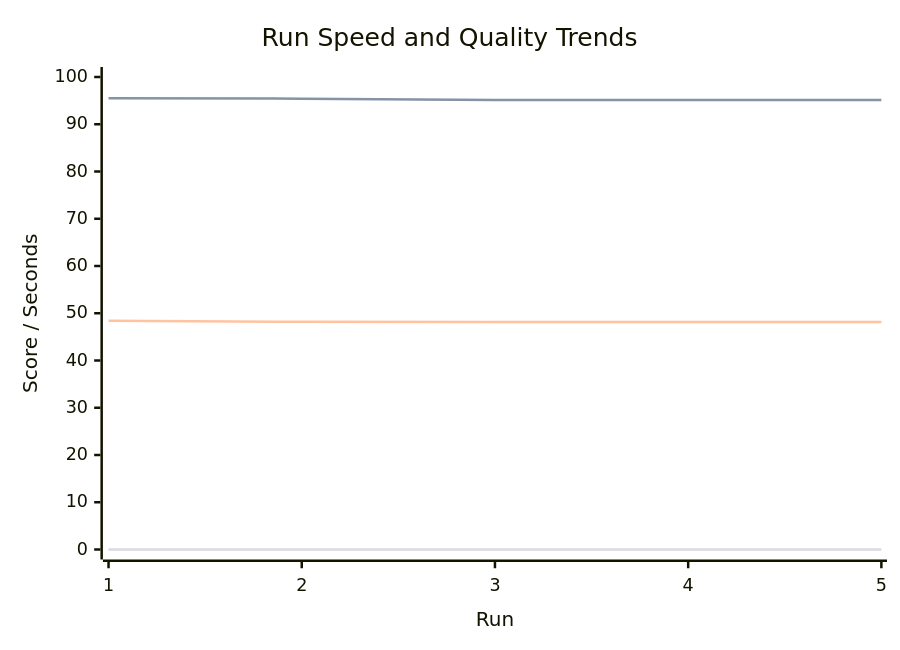
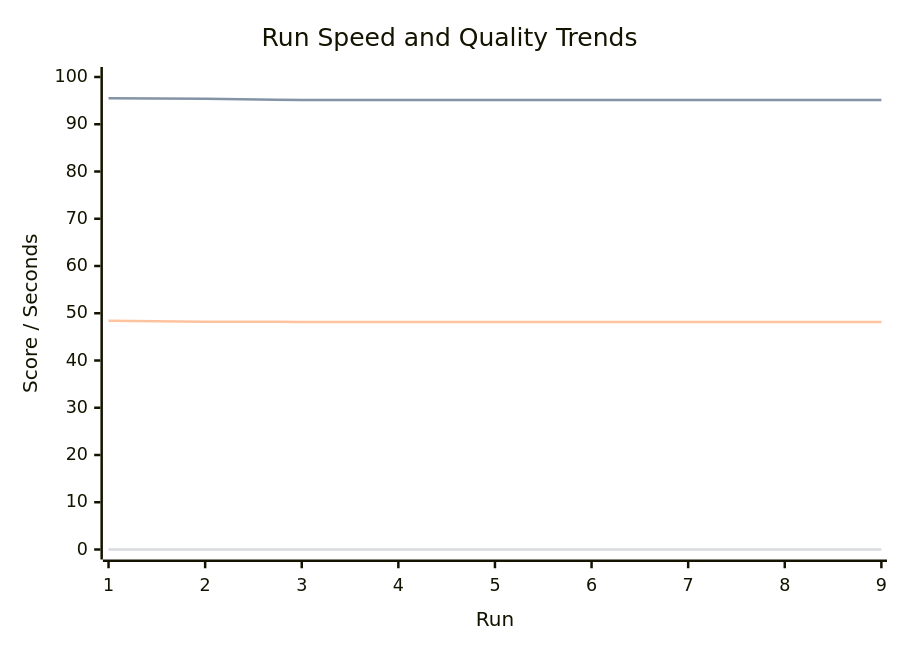
One commit to Jit-Paul-2008/Hexamind changed the first of 2 diagrams in reports-versioned/aggregated/run-results-dashboard.md. Above: the diagram before and after it, drawn with Mermaid. The commit also changed other lines of this file and 51 other files, not shown here.

````diff
--- a/reports-versioned/aggregated/run-results-dashboard.md
+++ b/reports-versioned/aggregated/run-results-dashboard.md
@@ -11,11 +11,11 @@
 ```mermaid
 xychart-beta
     title "Run Speed and Quality Trends"
-    x-axis "Run" [1, 2, 3, 4, 5]
+    x-axis "Run" [1, 2, 3, 4, 5, 6, 7, 8, 9]
     y-axis "Score / Seconds" 0 --> 100
-    line "Accuracy" [0.0, 0.0, 0.0, 0.0, 0.0]
-    line "Human-like" [95.51, 95.42, 95.12, 95.12, 95.12]
-    line "Usefulness" [48.39, 48.2, 48.17, 48.17, 48.17]
-    line "HumanReview" [0.0, 0.0, 0.0, 0.0, 0.0]
-    line "SpeedSeconds" [187.48, 238.47, 237.45, 236.94, 236.7]
+    line "Accuracy" [0.0, 0.0, 0.0, 0.0, 0.0, 0.0, 0.0, 0.0, 0.0]
+    line "Human-like" [95.51, 95.42, 95.12, 95.12, 95.12, 95.12, 95.12, 95.12, 95.12]
+    line "Usefulness" [48.39, 48.2, 48.17, 48.17, 48.17, 48.17, 48.17, 48.17, 48.17]
+    line "HumanReview" [0.0, 0.0, 0.0, 0.0, 0.0, 0.0, 0.0, 0.0, 0.0]
+    line "SpeedSeconds" [187.48, 238.47, 237.45, 236.94, 236.7, 236.62, 236.35, 236.35, 236.43]
 ```
````
